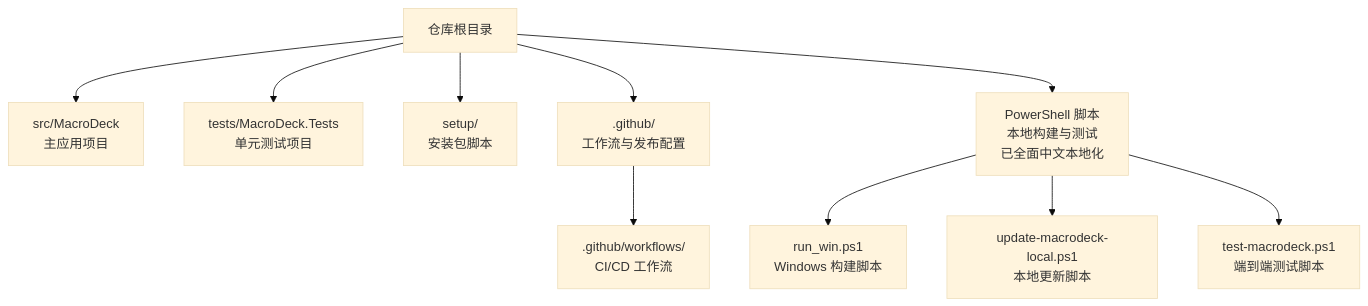
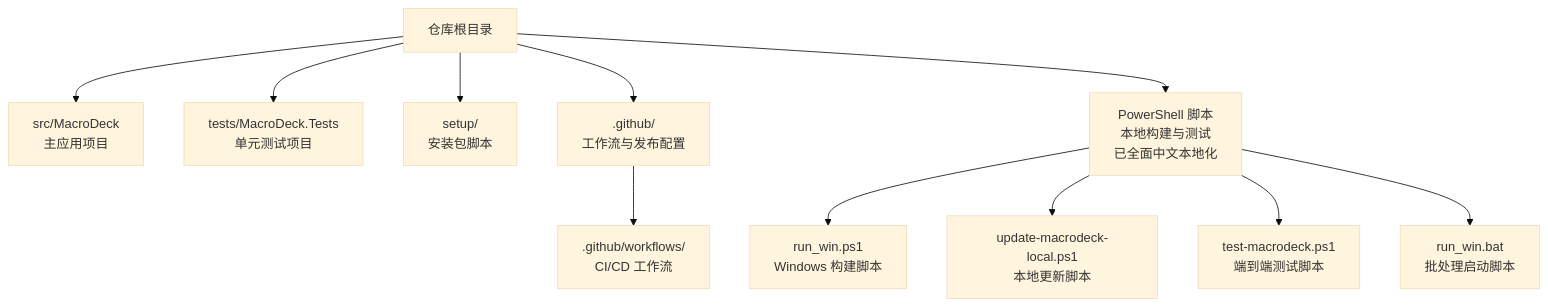
The first of 5 diagrams in .qoder/repowiki/zh/content/开发者指南/开发者指南.md (tea4go/Macro-Deck), drawn with Mermaid (base theme) before and after one commit. The commit also changed other lines of this file and 5 other files, not shown here.

````diff
--- a/.qoder/repowiki/zh/content/开发者指南/开发者指南.md
+++ b/.qoder/repowiki/zh/content/开发者指南/开发者指南.md
@@ -61,22 +63,24 @@
 ```mermaid
 graph TB
 Root["仓库根目录"]
 Src["src/MacroDeck<br/>主应用项目"]
 Tests["tests/MacroDeck.Tests<br/>单元测试项目"]
 Setup["setup/<br/>安装包脚本"]
 GH[".github/<br/>工作流与发布配置"]
 PS["PowerShell 脚本<br/>本地构建与测试<br/>已全面中文本地化"]
 RunWin["run_win.ps1<br/>Windows 构建脚本"]
 UpdateLocal["update-macrodeck-local.ps1<br/>本地更新脚本"]
 TestScript["test-macrodeck.ps1<br/>端到端测试脚本"]
+RunBat["run_win.bat<br/>批处理启动脚本"]
 GHWF[".github/workflows/<br/>CI/CD 工作流"]
 Root --> Src
 Root --> Tests
 Root --> Setup
 Root --> GH
 Root --> PS
 PS --> RunWin
 PS --> UpdateLocal
 PS --> TestScript
+PS --> RunBat
 GH --> GHWF
 ```
````
